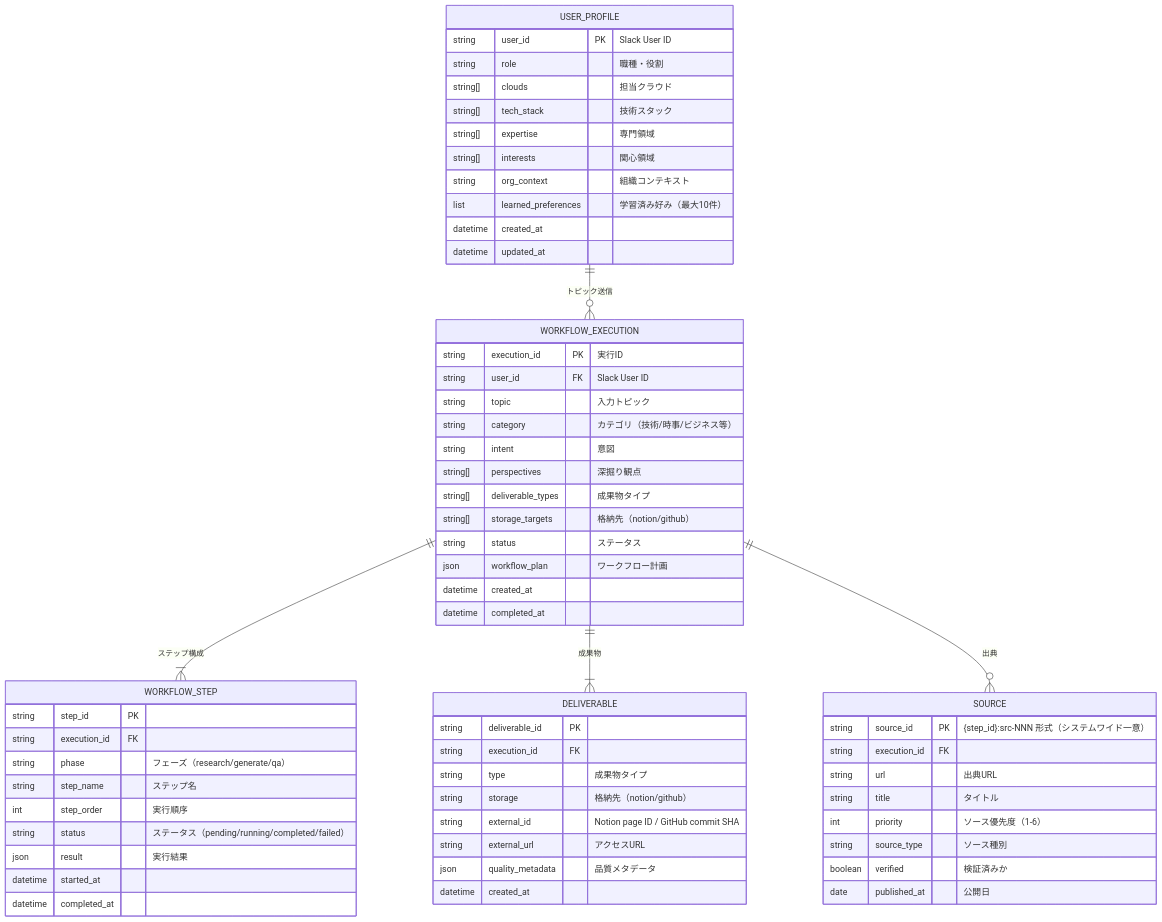
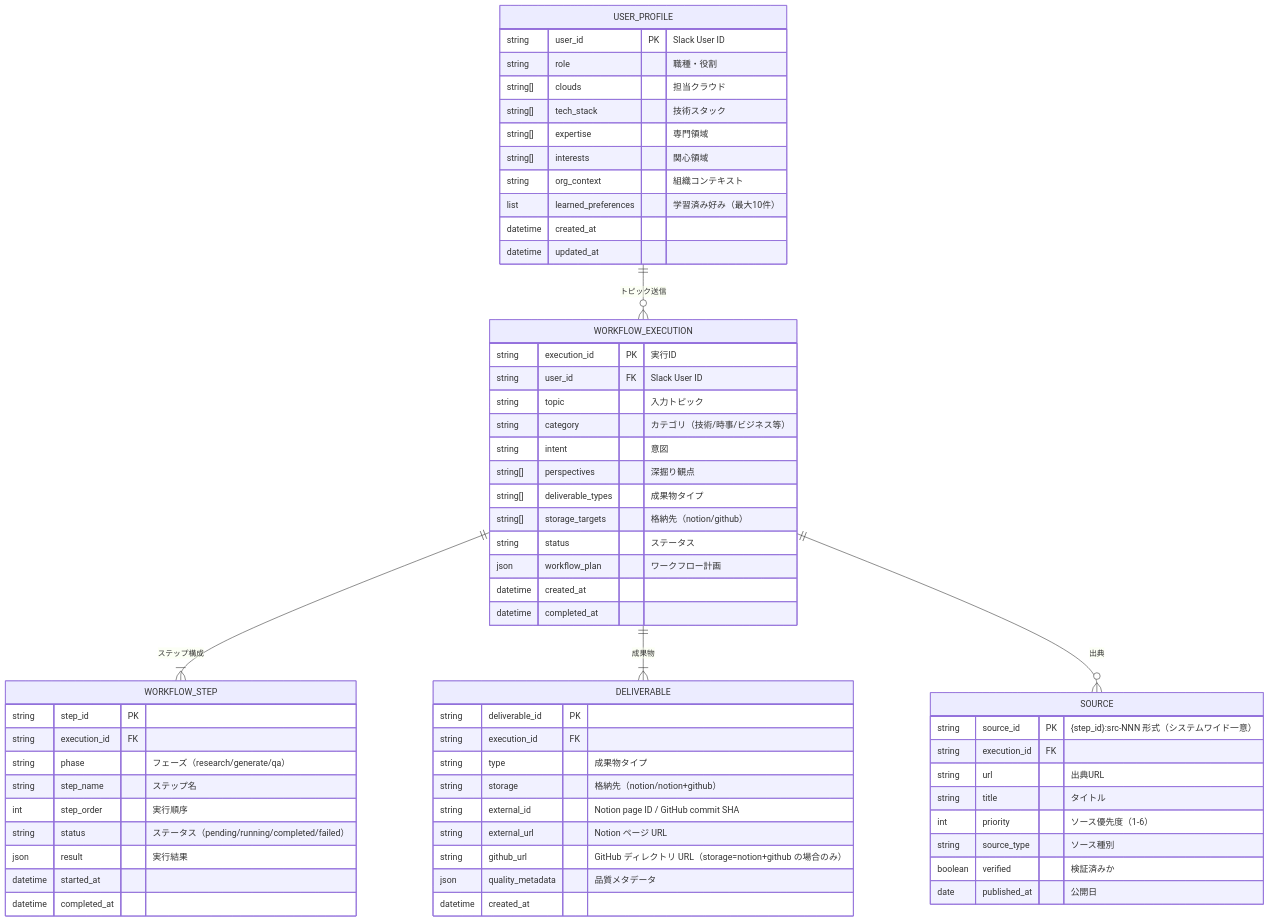
The second of 6 diagrams in docs/functional-design.md (Shintaro-Abe/catch-expander-code), drawn with Mermaid before and after one commit. The commit also changed other lines of this file and 7 other files, not shown here.

First line of the commit message:
feat: persist GitHub URL on deliverables and surface in F9 history

````diff
--- a/docs/functional-design.md
+++ b/docs/functional-design.md
@@ -115,69 +115,70 @@
 ```mermaid
 erDiagram
     USER_PROFILE {
         string user_id PK "Slack User ID"
         string role "職種・役割"
         string[] clouds "担当クラウド"
         string[] tech_stack "技術スタック"
         string[] expertise "専門領域"
         string[] interests "関心領域"
         string org_context "組織コンテキスト"
         list learned_preferences "学習済み好み（最大10件）"
         datetime created_at
         datetime updated_at
     }
 
     WORKFLOW_EXECUTION {
         string execution_id PK "実行ID"
         string user_id FK "Slack User ID"
         string topic "入力トピック"
         string category "カテゴリ（技術/時事/ビジネス等）"
         string intent "意図"
         string[] perspectives "深掘り観点"
         string[] deliverable_types "成果物タイプ"
         string[] storage_targets "格納先（notion/github）"
         string status "ステータス"
         json workflow_plan "ワークフロー計画"
         datetime created_at
         datetime completed_at
     }
 
     WORKFLOW_STEP {
         string step_id PK
         string execution_id FK
         string phase "フェーズ（research/generate/qa）"
         string step_name "ステップ名"
         int step_order "実行順序"
         string status "ステータス（pending/running/completed/failed）"
         json result "実行結果"
         datetime started_at
         datetime completed_at
     }
 
     DELIVERABLE {
         string deliverable_id PK
         string execution_id FK
         string type "成果物タイプ"
-        string storage "格納先（notion/github）"
+        string storage "格納先（notion/notion+github）"
         string external_id "Notion page ID / GitHub commit SHA"
-        string external_url "アクセスURL"
+        string external_url "Notion ページ URL"
+        string github_url "GitHub ディレクトリ URL（storage=notion+github の場合のみ）"
         json quality_metadata "品質メタデータ"
         datetime created_at
     }
 
     SOURCE {
         string source_id PK "{step_id}:src-NNN 形式（システムワイド一意）"
         string execution_id FK
         string url "出典URL"
         string title "タイトル"
         int priority "ソース優先度（1-6）"
         string source_type "ソース種別"
         boolean verified "検証済みか"
         date published_at "公開日"
     }
 
     USER_PROFILE ||--o{ WORKFLOW_EXECUTION : "トピック送信"
     WORKFLOW_EXECUTION ||--|{ WORKFLOW_STEP : "ステップ構成"
     WORKFLOW_EXECUTION ||--|{ DELIVERABLE : "成果物"
     WORKFLOW_EXECUTION ||--o{ SOURCE : "出典"
 ```
````
